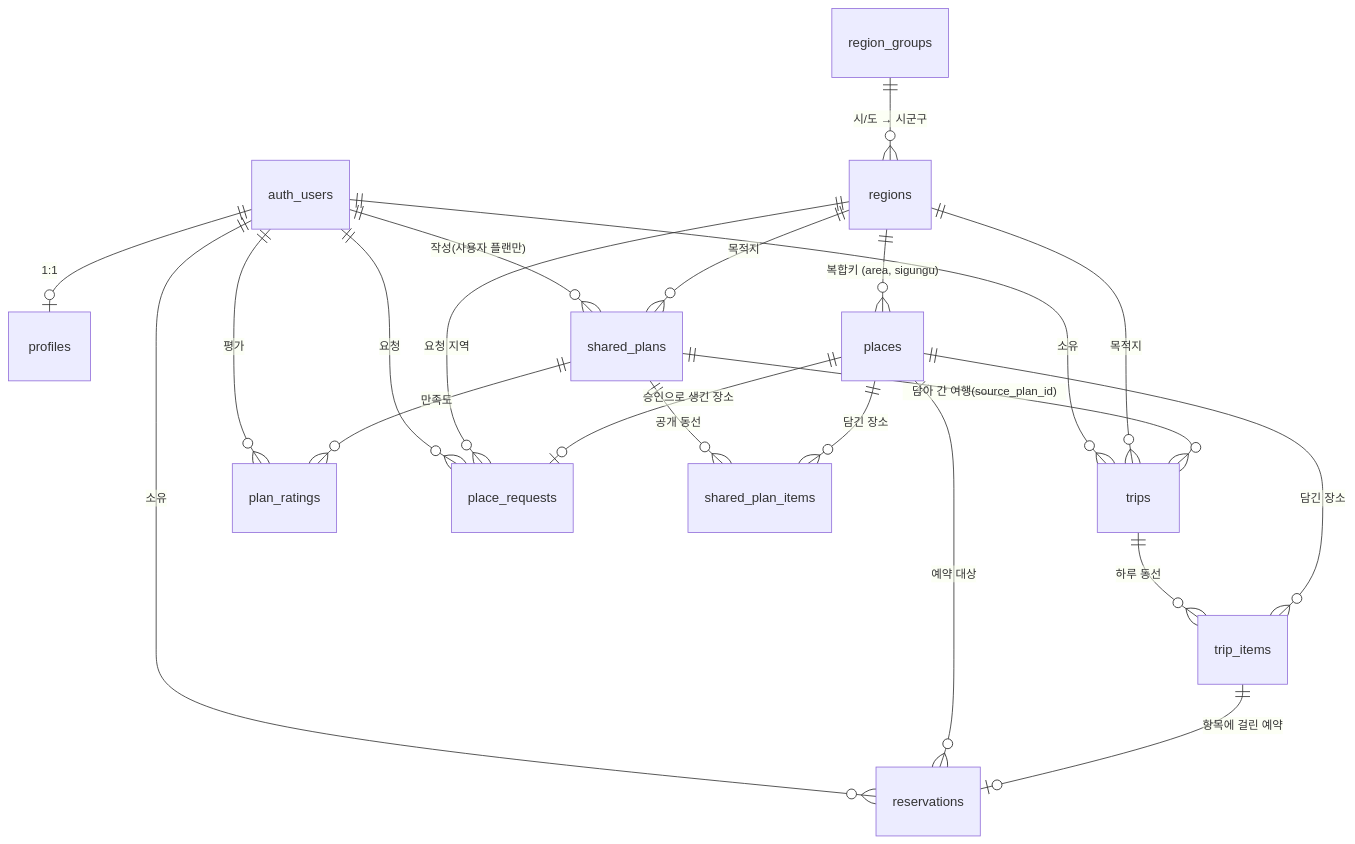
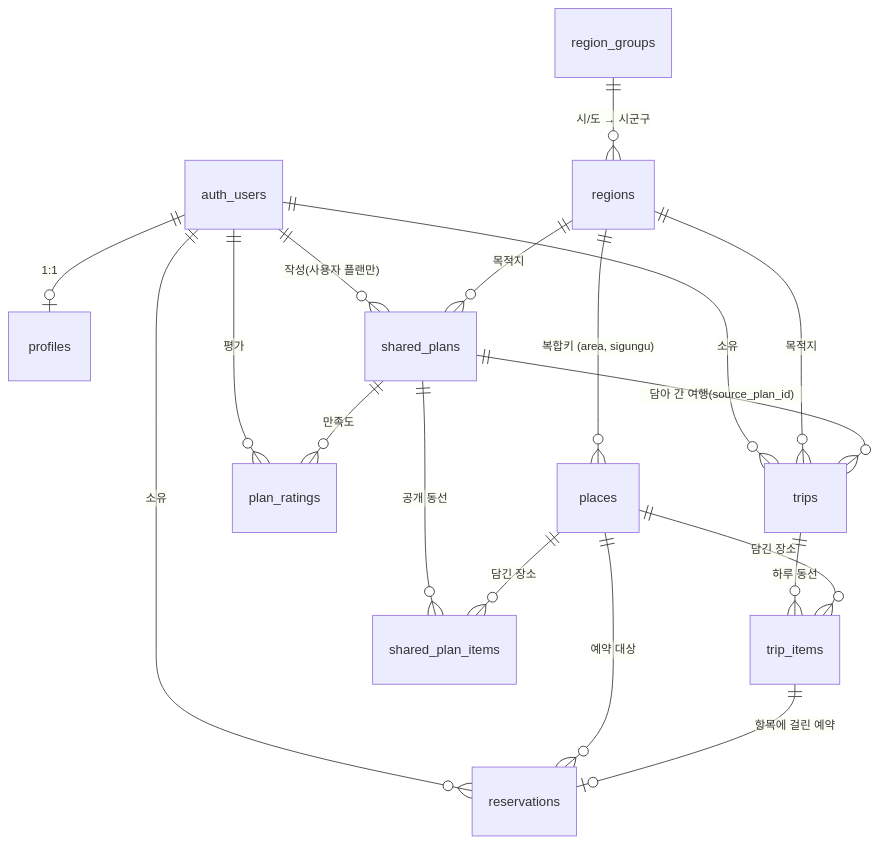
Before and after one commit to wisecomm/oneday-trip: the diagram in supabase/DATA-MODEL.md, drawn with Mermaid. The commit also changed other lines of this file and 7 other files, not shown here.

````diff
--- a/supabase/DATA-MODEL.md
+++ b/supabase/DATA-MODEL.md
@@ -18,27 +18,24 @@
 ```mermaid
 erDiagram
     auth_users ||--o| profiles : "1:1"
     auth_users ||--o{ trips : "소유"
     auth_users ||--o{ reservations : "소유"
     auth_users ||--o{ shared_plans : "작성(사용자 플랜만)"
     auth_users ||--o{ plan_ratings : "평가"
-    auth_users ||--o{ place_requests : "요청"
 
     region_groups ||--o{ regions : "시/도 → 시군구"
     regions ||--o{ places : "복합키 (area, sigungu)"
     regions ||--o{ trips : "목적지"
     regions ||--o{ shared_plans : "목적지"
-    regions ||--o{ place_requests : "요청 지역"
 
     trips ||--o{ trip_items : "하루 동선"
     places ||--o{ trip_items : "담긴 장소"
     places ||--o{ reservations : "예약 대상"
     trip_items ||--o| reservations : "항목에 걸린 예약"
 
     shared_plans ||--o{ shared_plan_items : "공개 동선"
     places ||--o{ shared_plan_items : "담긴 장소"
     shared_plans ||--o{ plan_ratings : "만족도"
     shared_plans ||--o{ trips : "담아 간 여행(source_plan_id)"
-    places ||--o| place_requests : "승인으로 생긴 장소"
 
 ```
````
